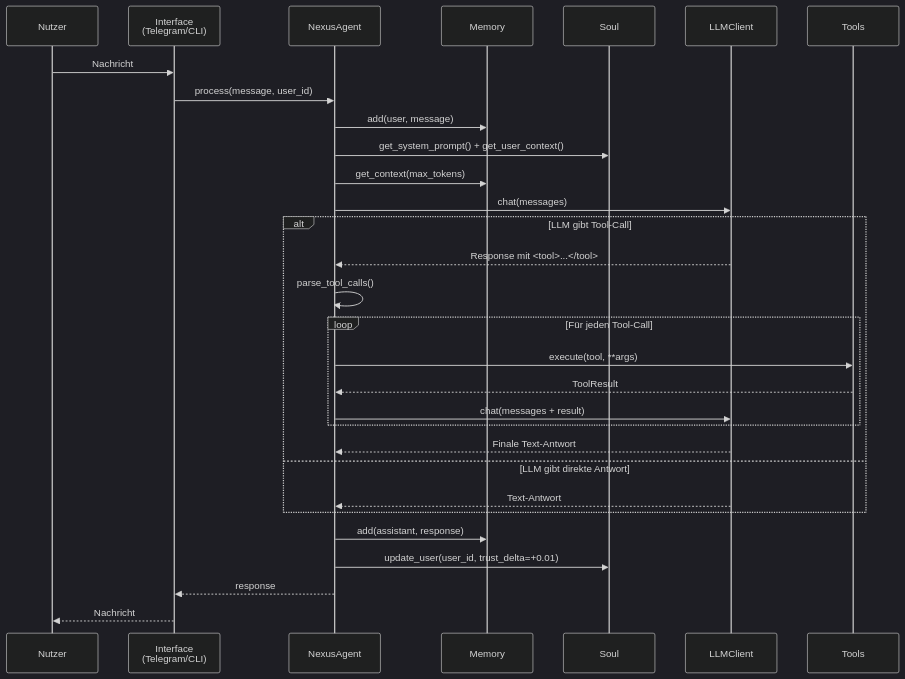
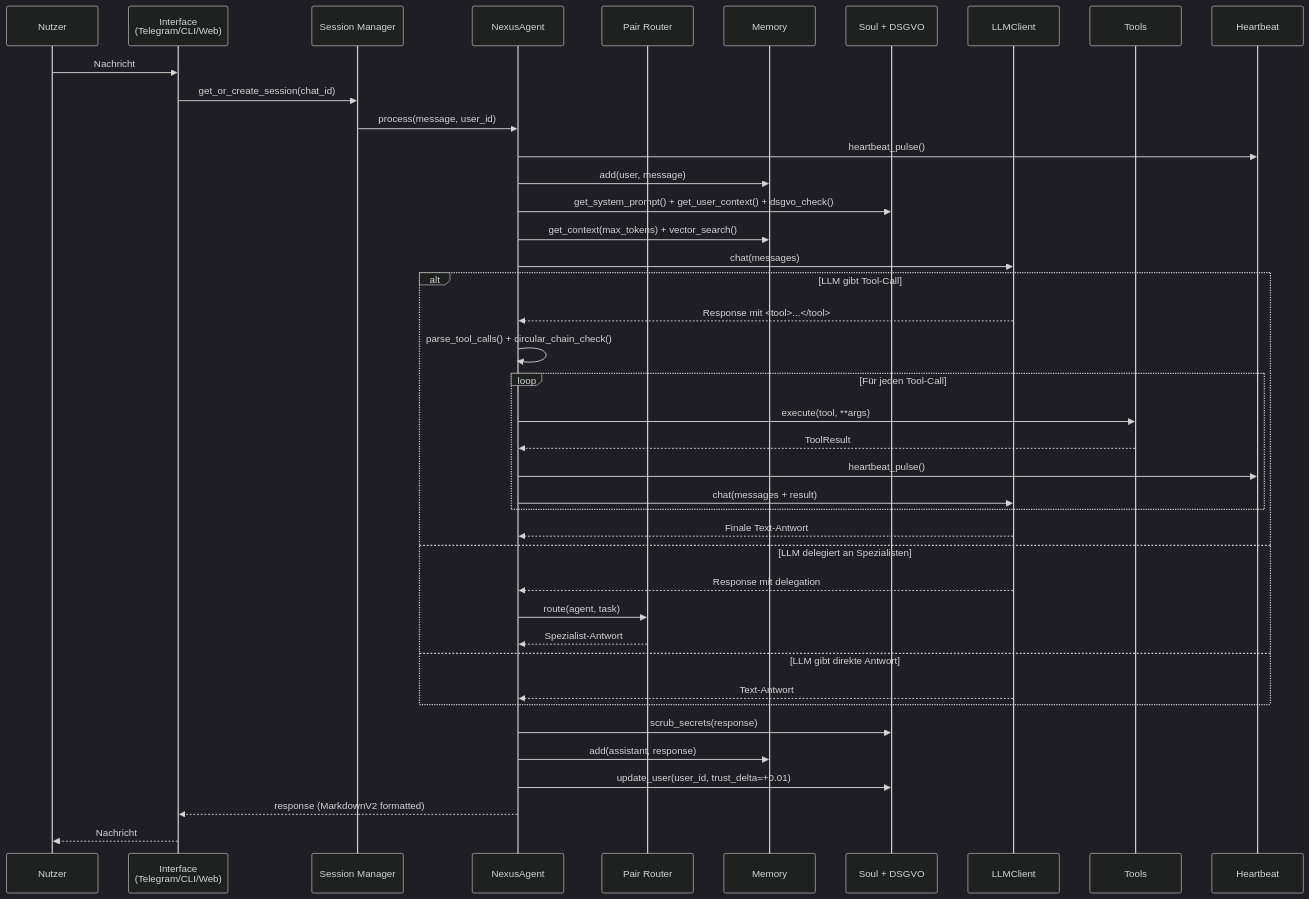
Before and after one commit to TitoPrausee/nexus-toti: the second of 5 diagrams in README.md, drawn with Mermaid (dark theme). The commit also changed other lines of this file and 2 other files, not shown here.

Commit message:
docs: update diagrams and architecture to v9 — 6-agent team, cloud-only, DSGVO, heartbeat, session manager

````diff
--- a/README.md
+++ b/README.md
@@ -93,35 +117,46 @@
 ```mermaid
 sequenceDiagram
     participant U as Nutzer
-    participant I as Interface<br/>(Telegram/CLI)
+    participant I as Interface<br/>(Telegram/CLI/Web)
+    participant SM as Session Manager
     participant A as NexusAgent
+    participant PR as Pair Router
     participant M as Memory
-    participant S as Soul
+    participant S as Soul + DSGVO
     participant L as LLMClient
     participant T as Tools
+    participant HB as Heartbeat
 
     U->>I: Nachricht
-    I->>A: process(message, user_id)
+    I->>SM: get_or_create_session(chat_id)
+    SM->>A: process(message, user_id)
+    A->>HB: heartbeat_pulse()
     A->>M: add(user, message)
-    A->>S: get_system_prompt() + get_user_context()
-    A->>M: get_context(max_tokens)
+    A->>S: get_system_prompt() + get_user_context() + dsgvo_check()
+    A->>M: get_context(max_tokens) + vector_search()
     A->>L: chat(messages)
 
     alt LLM gibt Tool-Call
         L-->>A: Response mit <tool>...</tool>
-        A->>A: parse_tool_calls()
+        A->>A: parse_tool_calls() + circular_chain_check()
         loop Für jeden Tool-Call
             A->>T: execute(tool, **args)
             T-->>A: ToolResult
+            A->>HB: heartbeat_pulse()
             A->>L: chat(messages + result)
         end
         L-->>A: Finale Text-Antwort
+    else LLM delegiert an Spezialisten
+        L-->>A: Response mit delegation
+        A->>PR: route(agent, task)
+        PR-->>A: Spezialist-Antwort
     else LLM gibt direkte Antwort
         L-->>A: Text-Antwort
     end
 
+    A->>S: scrub_secrets(response)
     A->>M: add(assistant, response)
     A->>S: update_user(user_id, trust_delta=+0.01)
-    A-->>I: response
+    A-->>I: response (MarkdownV2 formatted)
     I-->>U: Nachricht
 ```
````
